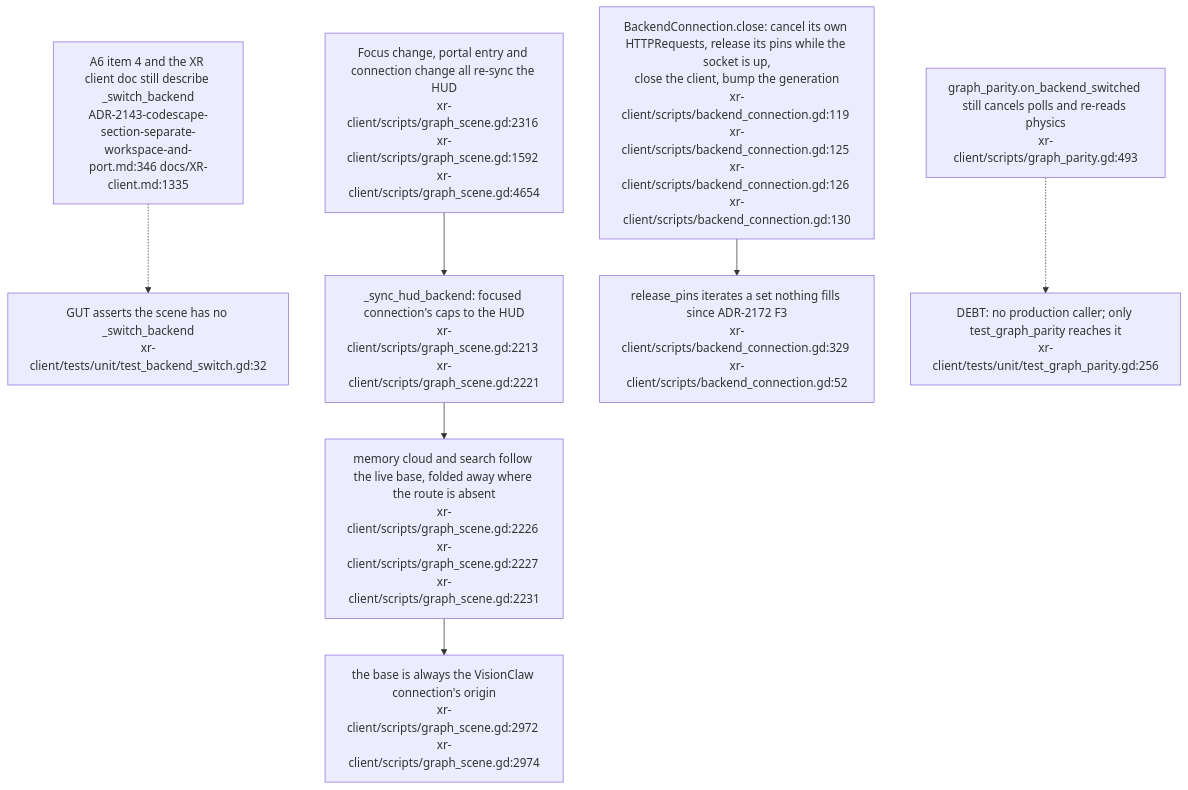
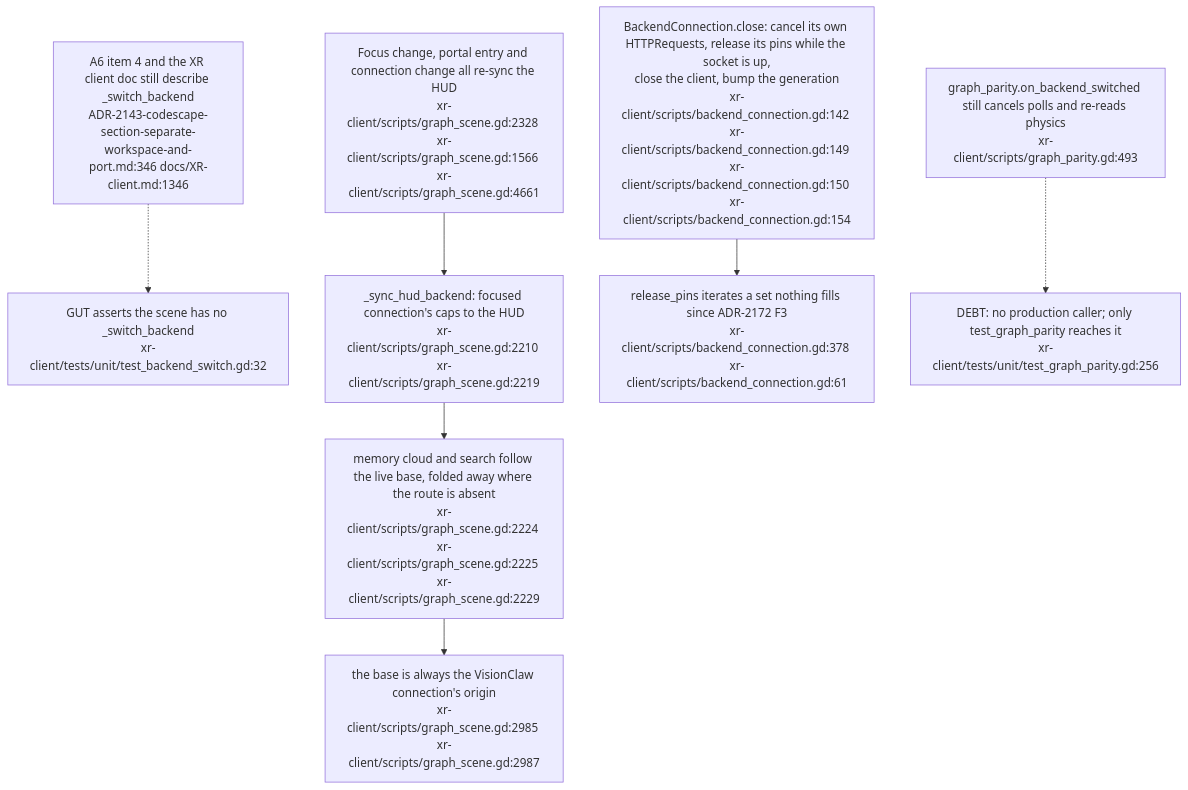
One commit to DreamLab-AI/VisionFlow changed the second of 3 diagrams in docs/diagrams/visionclaw/40-xr-two-backends-capability-gating.md. Above: the diagram before and after it, drawn with Mermaid. The commit also changed other lines of this file and 24 other files, not shown here.

Commit message:
docs: align XR liveness, filtering and rendering diagrams (#33)

````diff
--- a/docs/diagrams/visionclaw/40-xr-two-backends-capability-gating.md
+++ b/docs/diagrams/visionclaw/40-xr-two-backends-capability-gating.md
@@ -88,12 +88,12 @@
 ```mermaid
 flowchart TD
     GONE["GUT asserts the scene has no _switch_backend<br/>xr-client/tests/unit/test_backend_switch.gd:32"]
-    FOCUS["Focus change, portal entry and connection change all re-sync the HUD<br/>xr-client/scripts/graph_scene.gd:2316 xr-client/scripts/graph_scene.gd:1592 xr-client/scripts/graph_scene.gd:4654"] --> SYNC["_sync_hud_backend: focused connection's caps to the HUD<br/>xr-client/scripts/graph_scene.gd:2213 xr-client/scripts/graph_scene.gd:2221"]
-    SYNC --> MEM["memory cloud and search follow the live base, folded away where the route is absent<br/>xr-client/scripts/graph_scene.gd:2226 xr-client/scripts/graph_scene.gd:2227 xr-client/scripts/graph_scene.gd:2231"]
-    MEM --> BASE["the base is always the VisionClaw connection's origin<br/>xr-client/scripts/graph_scene.gd:2972 xr-client/scripts/graph_scene.gd:2974"]
-    CLOSE["BackendConnection.close: cancel its own HTTPRequests, release its pins while the socket is up,<br/>close the client, bump the generation<br/>xr-client/scripts/backend_connection.gd:119 xr-client/scripts/backend_connection.gd:125 xr-client/scripts/backend_connection.gd:126 xr-client/scripts/backend_connection.gd:130"]
-    PINS["release_pins iterates a set nothing fills since ADR-2172 F3<br/>xr-client/scripts/backend_connection.gd:329 xr-client/scripts/backend_connection.gd:52"]
+    FOCUS["Focus change, portal entry and connection change all re-sync the HUD<br/>xr-client/scripts/graph_scene.gd:2328 xr-client/scripts/graph_scene.gd:1566 xr-client/scripts/graph_scene.gd:4661"] --> SYNC["_sync_hud_backend: focused connection's caps to the HUD<br/>xr-client/scripts/graph_scene.gd:2210 xr-client/scripts/graph_scene.gd:2219"]
+    SYNC --> MEM["memory cloud and search follow the live base, folded away where the route is absent<br/>xr-client/scripts/graph_scene.gd:2224 xr-client/scripts/graph_scene.gd:2225 xr-client/scripts/graph_scene.gd:2229"]
+    MEM --> BASE["the base is always the VisionClaw connection's origin<br/>xr-client/scripts/graph_scene.gd:2985 xr-client/scripts/graph_scene.gd:2987"]
+    CLOSE["BackendConnection.close: cancel its own HTTPRequests, release its pins while the socket is up,<br/>close the client, bump the generation<br/>xr-client/scripts/backend_connection.gd:142 xr-client/scripts/backend_connection.gd:149 xr-client/scripts/backend_connection.gd:150 xr-client/scripts/backend_connection.gd:154"]
+    PINS["release_pins iterates a set nothing fills since ADR-2172 F3<br/>xr-client/scripts/backend_connection.gd:378 xr-client/scripts/backend_connection.gd:61"]
     CLOSE --> PINS
     PAR["graph_parity.on_backend_switched still cancels polls and re-reads physics<br/>xr-client/scripts/graph_parity.gd:493"] -.-> DEBT["DEBT: no production caller; only test_graph_parity reaches it<br/>xr-client/tests/unit/test_graph_parity.gd:256"]
-    DOC["A6 item 4 and the XR client doc still describe _switch_backend<br/>ADR-2143-codescape-section-separate-workspace-and-port.md:346 docs/XR-client.md:1335"] -.-> GONE
+    DOC["A6 item 4 and the XR client doc still describe _switch_backend<br/>ADR-2143-codescape-section-separate-workspace-and-port.md:346 docs/XR-client.md:1346"] -.-> GONE
 ```
````
